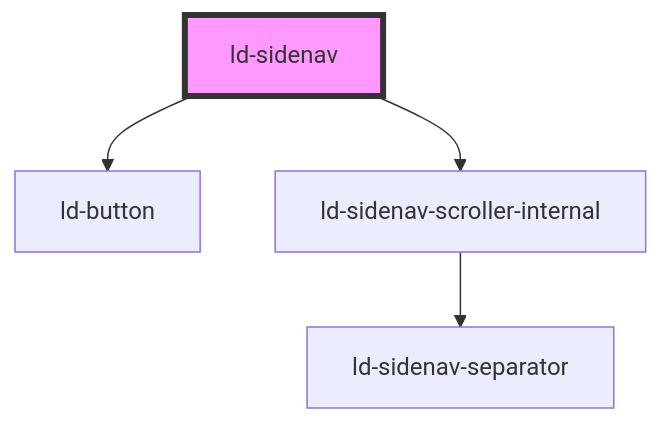
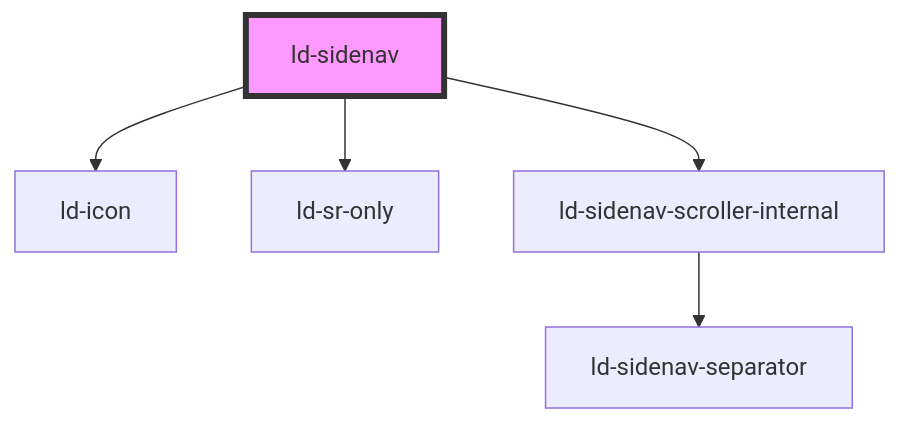
One commit to emdgroup-liquid/liquid changed the diagram in src/liquid/components/ld-sidenav/readme.md. Above: the diagram before and after it, drawn with Mermaid. The commit also changed other lines of this file and 7 other files, not shown here.

````diff
--- a/src/liquid/components/ld-sidenav/readme.md
+++ b/src/liquid/components/ld-sidenav/readme.md
@@ -651,7 +652,8 @@
 ```mermaid
 graph TD;
-  ld-sidenav --> ld-button
+  ld-sidenav --> ld-icon
+  ld-sidenav --> ld-sr-only
   ld-sidenav --> ld-sidenav-scroller-internal
   ld-sidenav-scroller-internal --> ld-sidenav-separator
   style ld-sidenav fill:#f9f,stroke:#333,stroke-width:4px
 ```
````
